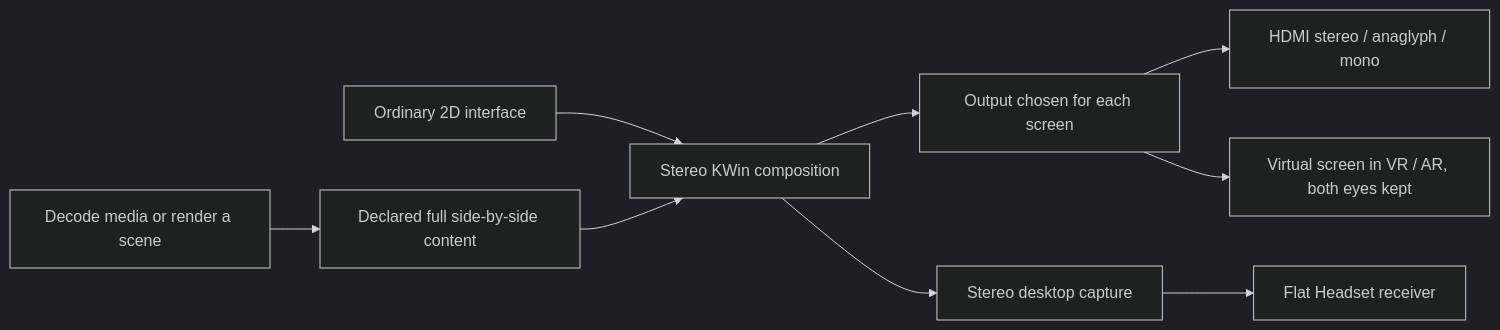
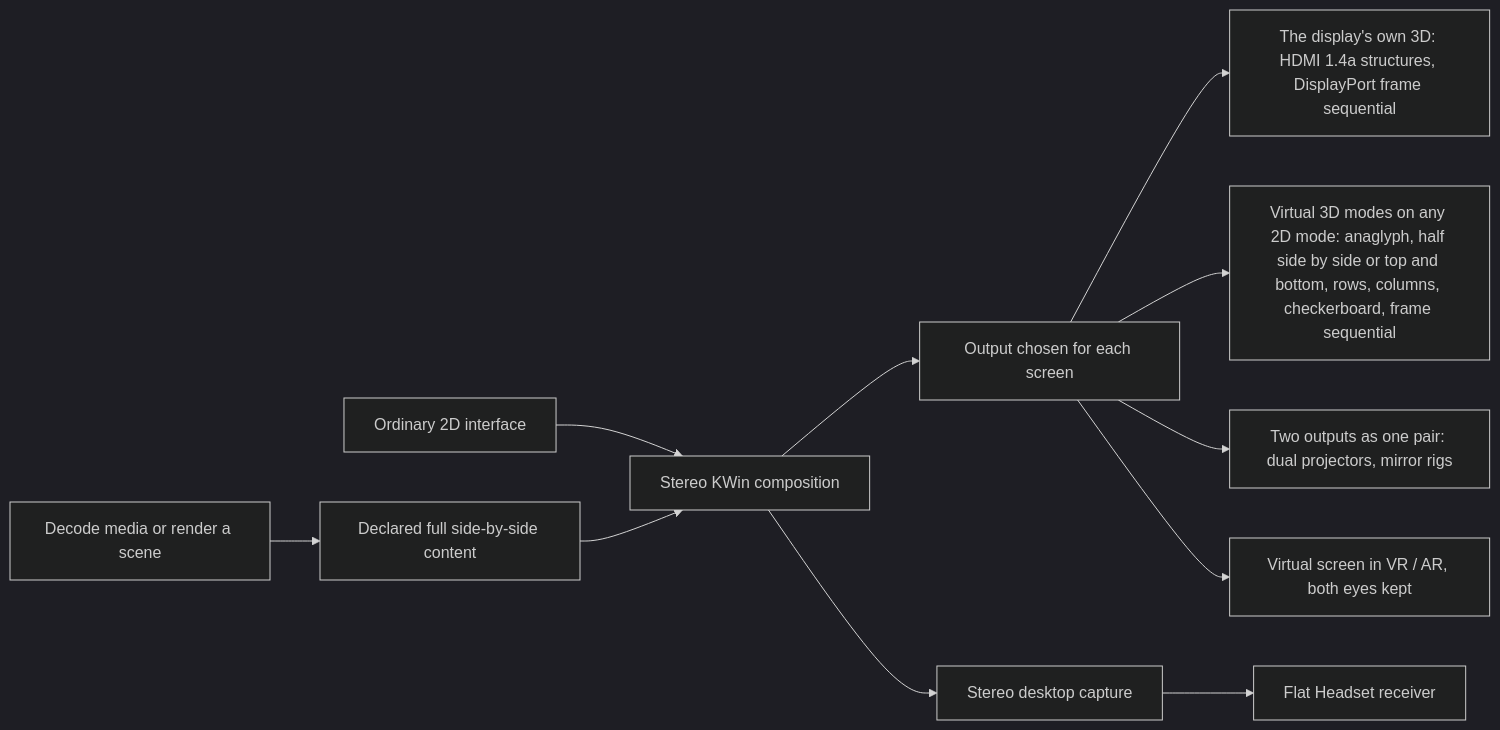
The diagram in docs/architectural-synthesis.md (Sparky-OS/sparky-stereo-os), drawn with Mermaid (dark theme) before and after one commit. The commit also changed other lines of this file, not shown here.

First line of the commit message:
Architectural synthesis: today's outputs and the defaults per hardware type

````diff
--- a/docs/architectural-synthesis.md
+++ b/docs/architectural-synthesis.md
@@ -50,11 +50,13 @@
 ```mermaid
 flowchart LR
     A["Decode media or render a scene"] --> B["Declared full side-by-side content"]
     U["Ordinary 2D interface"] --> C["Stereo KWin composition"]
     B --> C
     C --> D["Output chosen for each screen"]
-    D --> E["HDMI stereo / anaglyph / mono"]
+    D --> E["The display's own 3D: HDMI 1.4a structures, DisplayPort frame sequential"]
+    D --> H["Virtual 3D modes on any 2D mode: anaglyph, half side by side or top and bottom, rows, columns, checkerboard, frame sequential"]
+    D --> P["Two outputs as one pair: dual projectors, mirror rigs"]
     D --> V["Virtual screen in VR / AR, both eyes kept"]
     C --> F["Stereo desktop capture"]
     F --> G["Flat Headset receiver"]
 ```
````
